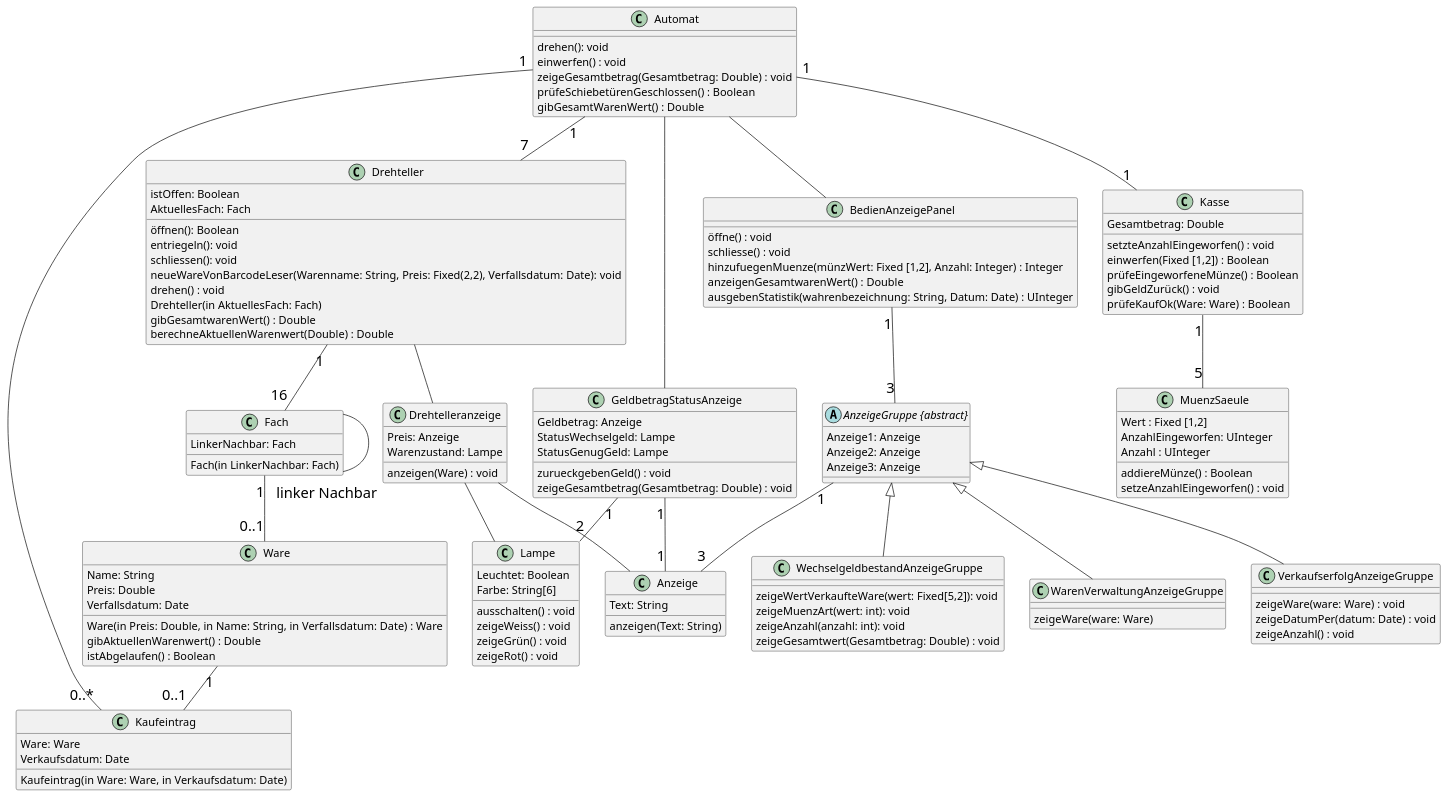
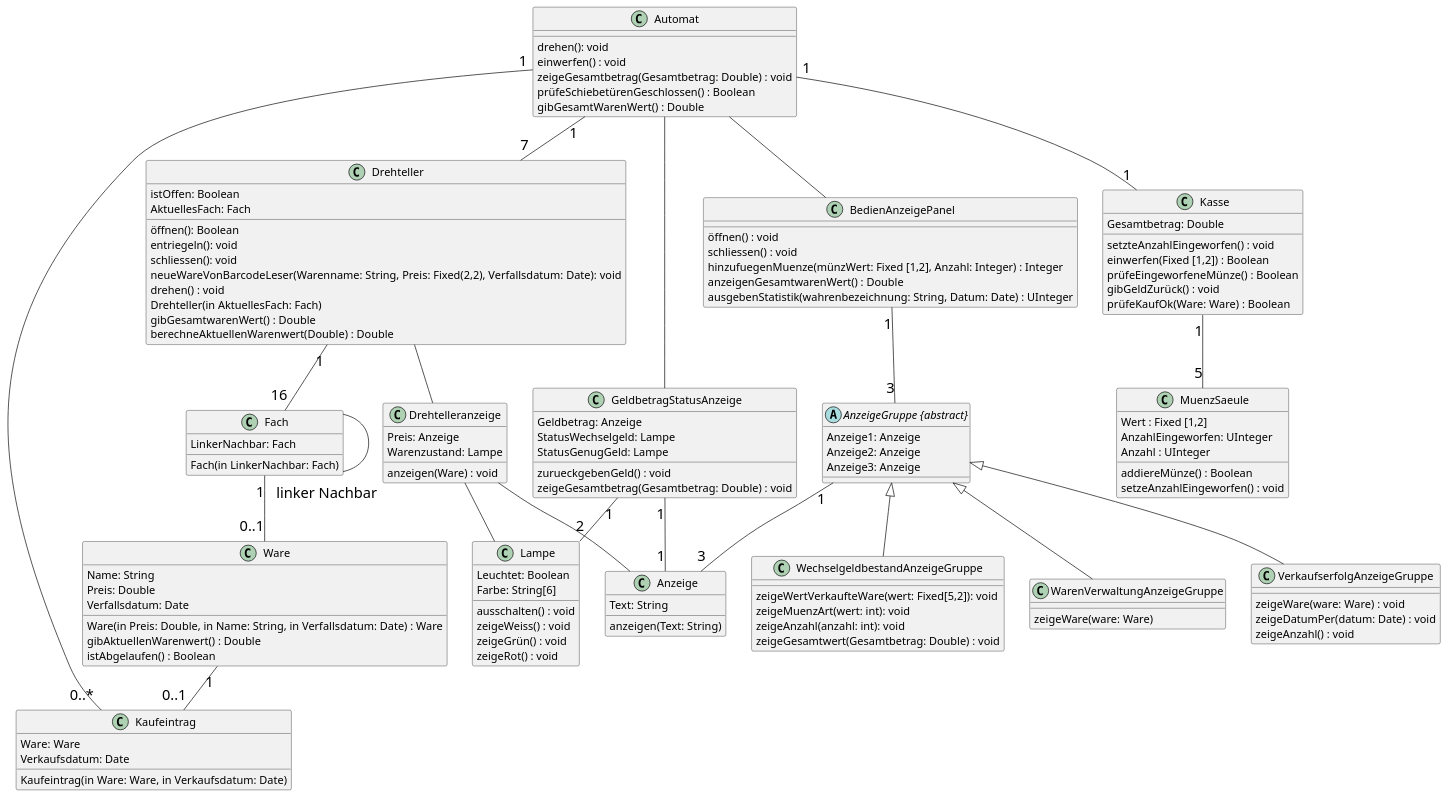
One commit to egoat/MAS-SE22_Warenautomat2022_Analyse changed the second of 5 diagrams in Warenautomat.md. Above: the diagram before and after it, drawn with PlantUML.

```diff
--- a/Warenautomat.md
+++ b/Warenautomat.md
@@ -159,8 +159,8 @@
 }
 
 class BedienAnzeigePanel{
-    öffne() : void
-    schliesse() : void
+    öffnen() : void
+    schliessen() : void
     hinzufuegenMuenze(münzWert: Fixed [1,2], Anzahl: Integer) : Integer
     anzeigenGesamtwarenWert() : Double
     ausgebenStatistik(wahrenbezeichnung: String, Datum: Date) : UInteger
```
